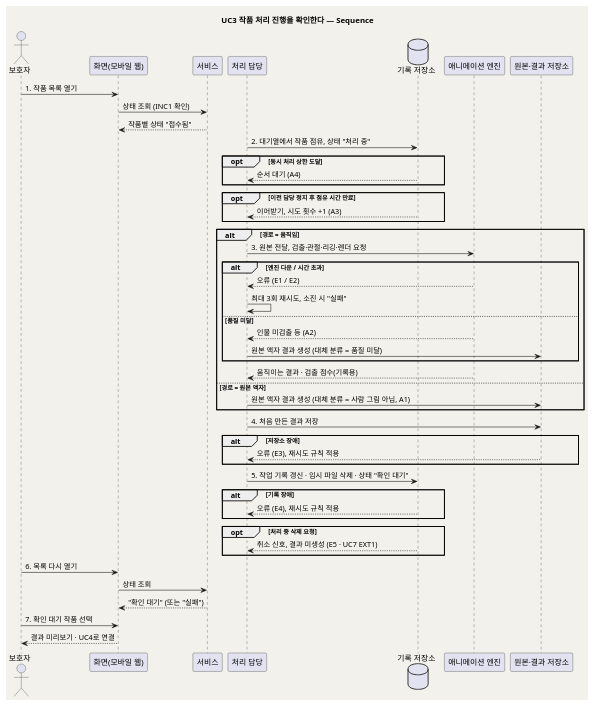
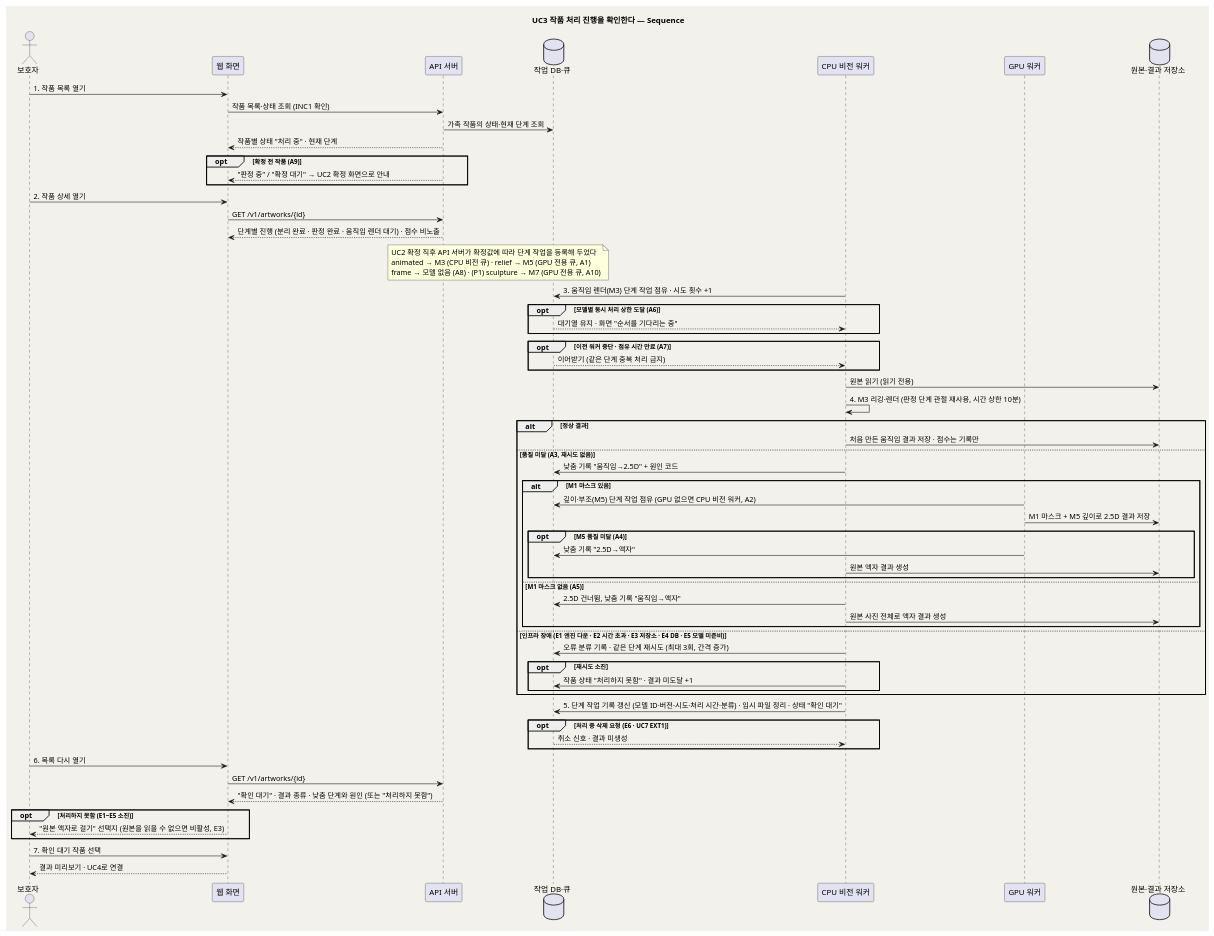
One commit to kids-gallery/uri-gallery changed the second of 2 diagrams in design/UC_03_처리진행확인.md. Above: the diagram before and after it, drawn with PlantUML. The commit also changed other lines of this file and 23 other files, not shown here.

````diff
--- a/design/UC_03_처리진행확인.md
+++ b/design/UC_03_처리진행확인.md
@@ -170,61 +221,80 @@
 ```plantuml
-@startuml seq_family_gallery_03
+@startuml seq_our_child_gallery_03
 skinparam backgroundColor #F3F1EB
 skinparam shadowing false
 title UC3 작품 처리 진행을 확인한다 — Sequence
 
 actor "보호자" as Parent
-participant "화면(모바일 웹)" as UI
-participant "서비스" as SVC
-participant "처리 담당" as Worker
-database "기록 저장소" as DB
-participant "애니메이션 엔진" as Engine
-participant "원본·결과 저장소" as Store
+participant "웹 화면" as UI
+participant "API 서버" as API
+database "작업 DB·큐" as DB
+participant "CPU 비전 워커" as CPU
+participant "GPU 워커" as GPU
+database "원본·결과 저장소" as Store
 
 Parent -> UI : 1. 작품 목록 열기
-UI -> SVC : 상태 조회 (INC1 확인)
-SVC --> UI : 작품별 상태 "접수됨"
-
-Worker -> DB : 2. 대기열에서 작품 점유, 상태 "처리 중"
-opt 동시 처리 상한 도달
-  DB --> Worker : 순서 대기 (A4)
-end
-opt 이전 담당 정지 후 점유 시간 만료
-  DB --> Worker : 이어받기, 시도 횟수 +1 (A3)
+UI -> API : 작품 목록·상태 조회 (INC1 확인)
+API -> DB : 가족 작품의 상태·현재 단계 조회
+API --> UI : 작품별 상태 "처리 중" · 현재 단계
+opt 확정 전 작품 (A9)
+  API --> UI : "판정 중" / "확정 대기" → UC2 확정 화면으로 안내
 end
 
-alt 경로 = 움직임
-  Worker -> Engine : 3. 원본 전달, 검출·관절·리깅·렌더 요청
-  alt 엔진 다운 / 시간 초과
-    Engine --> Worker : 오류 (E1 / E2)
-    Worker -> Worker : 최대 3회 재시도, 소진 시 "실패"
-  else 품질 미달
-    Engine --> Worker : 인물 미검출 등 (A2)
-    Worker -> Store : 원본 액자 결과 생성 (대체 분류 = 품질 미달)
+Parent -> UI : 2. 작품 상세 열기
+UI -> API : GET /v1/artworks/{id}
+API --> UI : 단계별 진행 (분리 완료 · 판정 완료 · 움직임 렌더 대기) · 점수 비노출
+
+note over API, DB
+  UC2 확정 직후 API 서버가 확정값에 따라 단계 작업을 등록해 두었다
+  animated → M3 (CPU 비전 큐) · relief → M5 (GPU 전용 큐, A1)
+  frame → 모델 없음 (A8) · (P1) sculpture → M7 (GPU 전용 큐, A10)
+end note
+
+CPU -> DB : 3. 움직임 렌더(M3) 단계 작업 점유 · 시도 횟수 +1
+opt 모델별 동시 처리 상한 도달 (A6)
+  DB --> CPU : 대기열 유지 · 화면 "순서를 기다리는 중"
+end
+opt 이전 워커 중단 · 점유 시간 만료 (A7)
+  DB --> CPU : 이어받기 (같은 단계 중복 처리 금지)
+end
+CPU -> Store : 원본 읽기 (읽기 전용)
+
+CPU -> CPU : 4. M3 리깅·렌더 (판정 단계 관절 재사용, 시간 상한 10분)
+alt 정상 결과
+  CPU -> Store : 처음 만든 움직임 결과 저장 · 점수는 기록만
+else 품질 미달 (A3, 재시도 없음)
+  CPU -> DB : 낮춤 기록 "움직임→2.5D" + 원인 코드
+  alt M1 마스크 있음
+    GPU -> DB : 깊이·부조(M5) 단계 작업 점유 (GPU 없으면 CPU 비전 워커, A2)
+    GPU -> Store : M1 마스크 + M5 깊이로 2.5D 결과 저장
+    opt M5 품질 미달 (A4)
+      GPU -> DB : 낮춤 기록 "2.5D→액자"
+      CPU -> Store : 원본 액자 결과 생성
+    end
+  else M1 마스크 없음 (A5)
+    CPU -> DB : 2.5D 건너뜀, 낮춤 기록 "움직임→액자"
+    CPU -> Store : 원본 사진 전체로 액자 결과 생성
   end
-  Engine --> Worker : 움직이는 결과 · 검출 점수(기록용)
-else 경로 = 원본 액자
-  Worker -> Store : 원본 액자 결과 생성 (대체 분류 = 사람 그림 아님, A1)
+else 인프라 장애 (E1 엔진 다운 · E2 시간 초과 · E3 저장소 · E4 DB · E5 모델 미준비)
+  CPU -> DB : 오류 분류 기록 · 같은 단계 재시도 (최대 3회, 간격 증가)
+  opt 재시도 소진
+    CPU -> DB : 작품 상태 "처리하지 못함" · 결과 미도달 +1
+  end
 end
 
-Worker -> Store : 4. 처음 만든 결과 저장
-alt 저장소 장애
-  Store --> Worker : 오류 (E3), 재시도 규칙 적용
-end
-
-Worker -> DB : 5. 작업 기록 갱신 · 임시 파일 삭제 · 상태 "확인 대기"
-alt 기록 장애
-  DB --> Worker : 오류 (E4), 재시도 규칙 적용
-end
-opt 처리 중 삭제 요청
-  DB --> Worker : 취소 신호, 결과 미생성 (E5 · UC7 EXT1)
+CPU -> DB : 5. 단계 작업 기록 갱신 (모델 ID·버전·시도·처리 시간·분류) · 임시 파일 정리 · 상태 "확인 대기"
+opt 처리 중 삭제 요청 (E6 · UC7 EXT1)
+  DB --> CPU : 취소 신호 · 결과 미생성
 end
 
 Parent -> UI : 6. 목록 다시 열기
-UI -> SVC : 상태 조회
-SVC --> UI : "확인 대기" (또는 "실패")
+UI -> API : GET /v1/artworks/{id}
+API --> UI : "확인 대기" · 결과 종류 · 낮춤 단계와 원인 (또는 "처리하지 못함")
+opt 처리하지 못함 (E1~E5 소진)
+  UI --> Parent : "원본 액자로 걸기" 선택지 (원본을 읽을 수 없으면 비활성, E3)
+end
 
 Parent -> UI : 7. 확인 대기 작품 선택
 UI --> Parent : 결과 미리보기 · UC4로 연결
 @enduml
 ```
````
